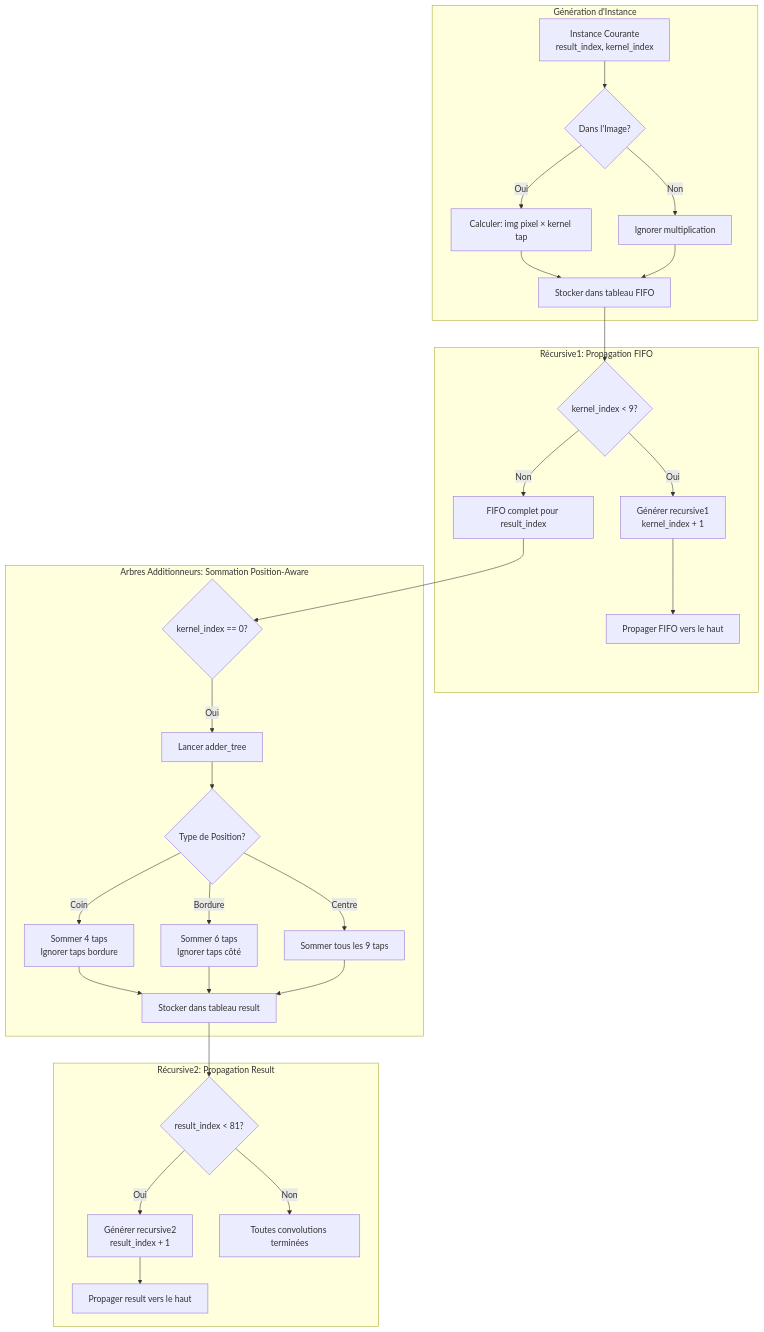
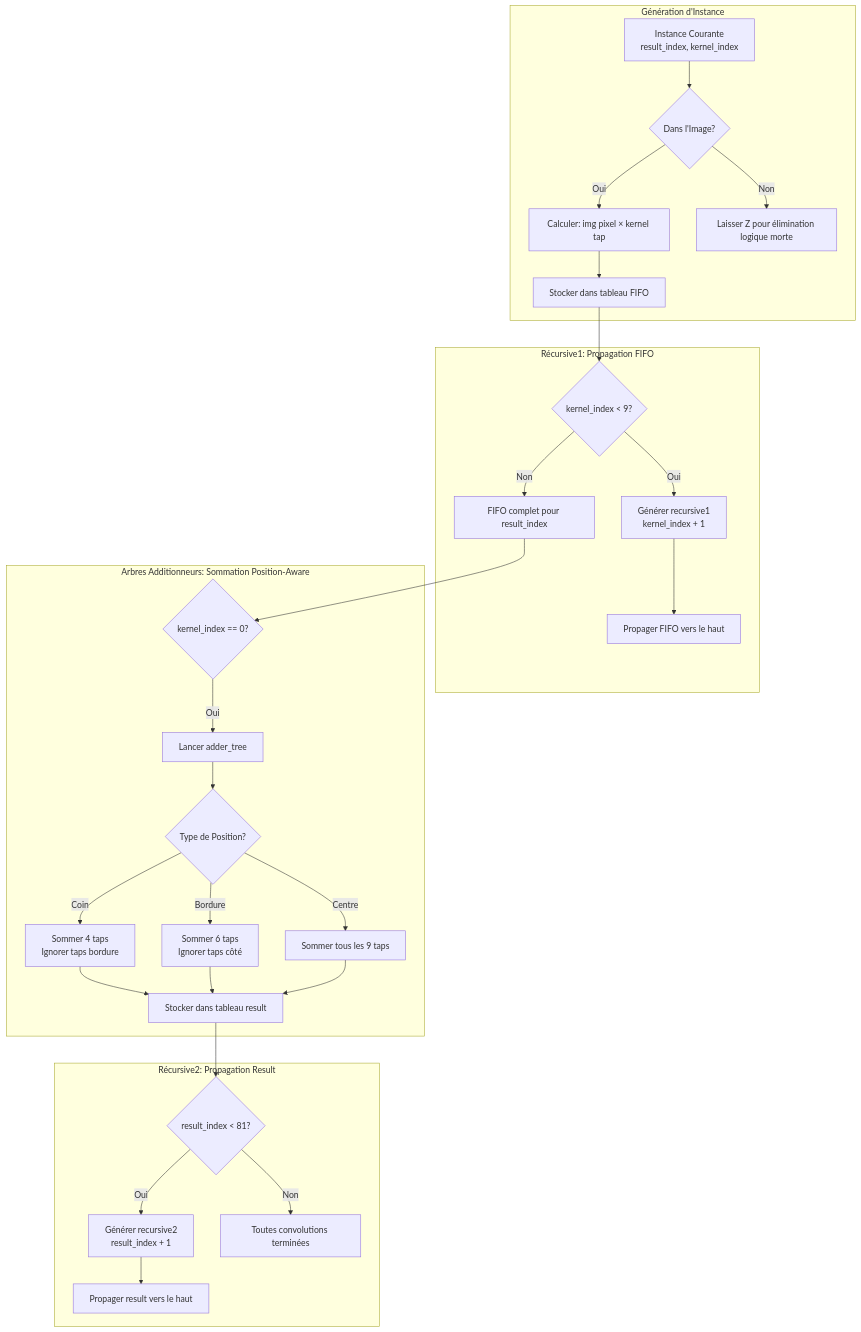
Before and after one commit to jalcim/logilib: the ninth of 14 diagrams in src/tensor/README_FR.md, drawn with Mermaid. The commit also changed other lines of this file and 1 other file, not shown here.

````diff
--- a/src/tensor/README_FR.md
+++ b/src/tensor/README_FR.md
@@ -182,42 +188,41 @@
 ```mermaid
 graph TD
     subgraph "Génération d'Instance"
         A[Instance Courante<br/>result_index, kernel_index]
         A --> B{Dans l'Image?}
         B -->|Oui| C[Calculer: img pixel × kernel tap]
-        B -->|Non| D[Ignorer multiplication]
+        B -->|Non| D[Laisser Z pour élimination logique morte]
         C --> E[Stocker dans tableau FIFO]
-        D --> E
     end
 
     subgraph "Récursive1: Propagation FIFO"
         F{kernel_index < 9?}
         F -->|Oui| G[Générer recursive1<br/>kernel_index + 1]
         G --> H[Propager FIFO vers le haut]
         F -->|Non| I[FIFO complet pour result_index]
     end
 
     subgraph "Arbres Additionneurs: Sommation Position-Aware"
         J{kernel_index == 0?}
         J -->|Oui| K[Lancer adder_tree]
         K --> L{Type de Position?}
         L -->|Coin| M[Sommer 4 taps<br/>Ignorer taps bordure]
         L -->|Bordure| N[Sommer 6 taps<br/>Ignorer taps côté]
         L -->|Centre| O[Sommer tous les 9 taps]
         M --> P[Stocker dans tableau result]
         N --> P
         O --> P
     end
 
     subgraph "Récursive2: Propagation Result"
         Q{result_index < 81?}
         Q -->|Oui| R[Générer recursive2<br/>result_index + 1]
         R --> S[Propager result vers le haut]
         Q -->|Non| T[Toutes convolutions terminées]
     end
 
     E --> F
     I --> J
     P --> Q
 
 ```
````
